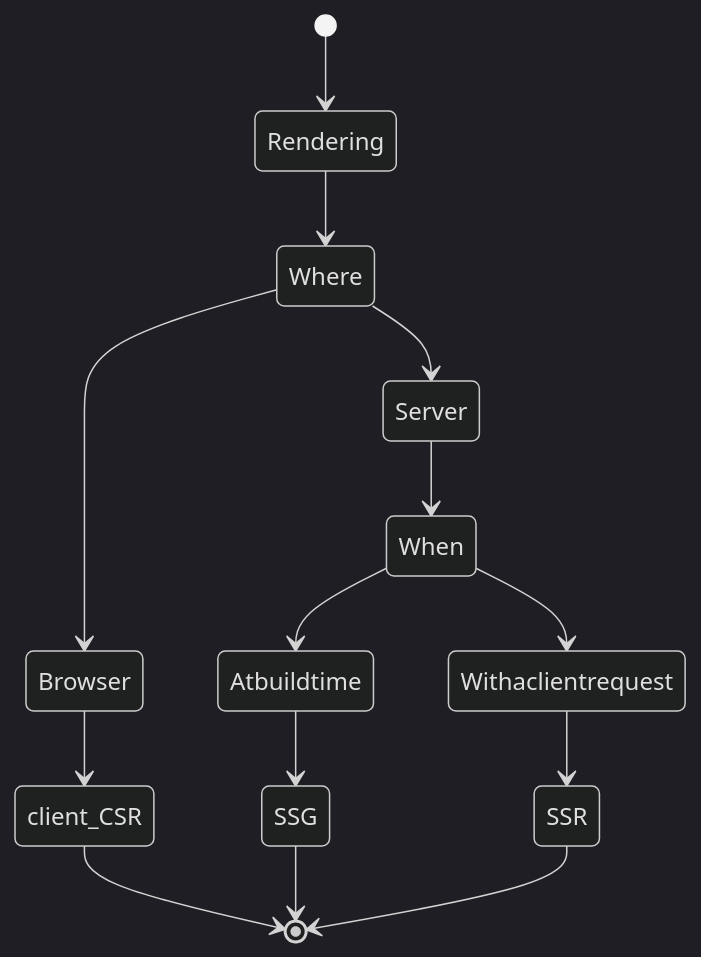
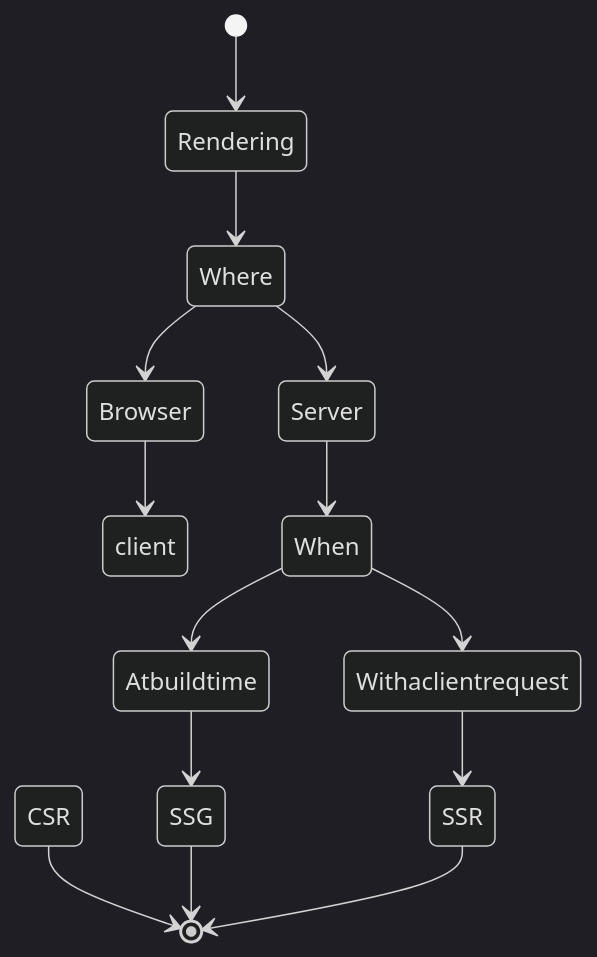
The third of 3 diagrams in Mobile App Resources and tools.md (gsoulie/Mobile-App-Development), drawn with Mermaid (dark theme) before and after one commit.

Commit message:
Update Mobile App Resources and tools.md

`````diff
--- a/Mobile App Resources and tools.md
+++ b/Mobile App Resources and tools.md
@@ -49,16 +49,16 @@
 ````mermaid
 stateDiagram-v2
 [*] --> Rendering
 Rendering --> Where
 Where --> Browser
-Browser --> client_CSR
-client_CSR --> [*]
+Browser --> client CSR
+client CSR --> [*]
 Where --> Server
 Server --> When
 When --> Atbuildtime
 Atbuildtime --> SSG
 SSG --> [*]
 When --> Withaclientrequest
 Withaclientrequest --> SSR
 SSR --> [*]
 ````
`````
